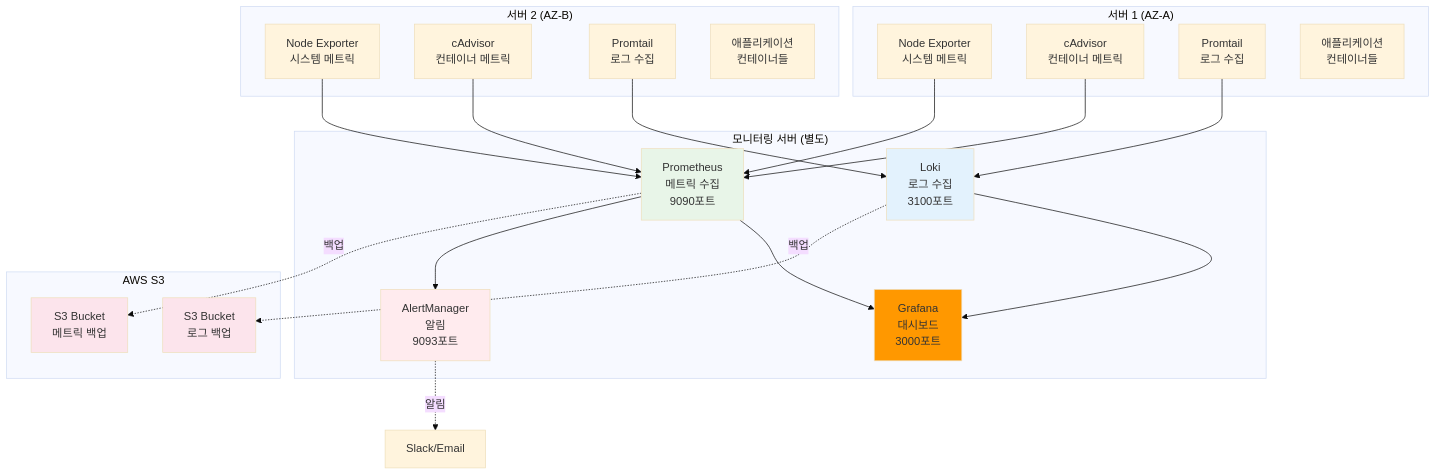
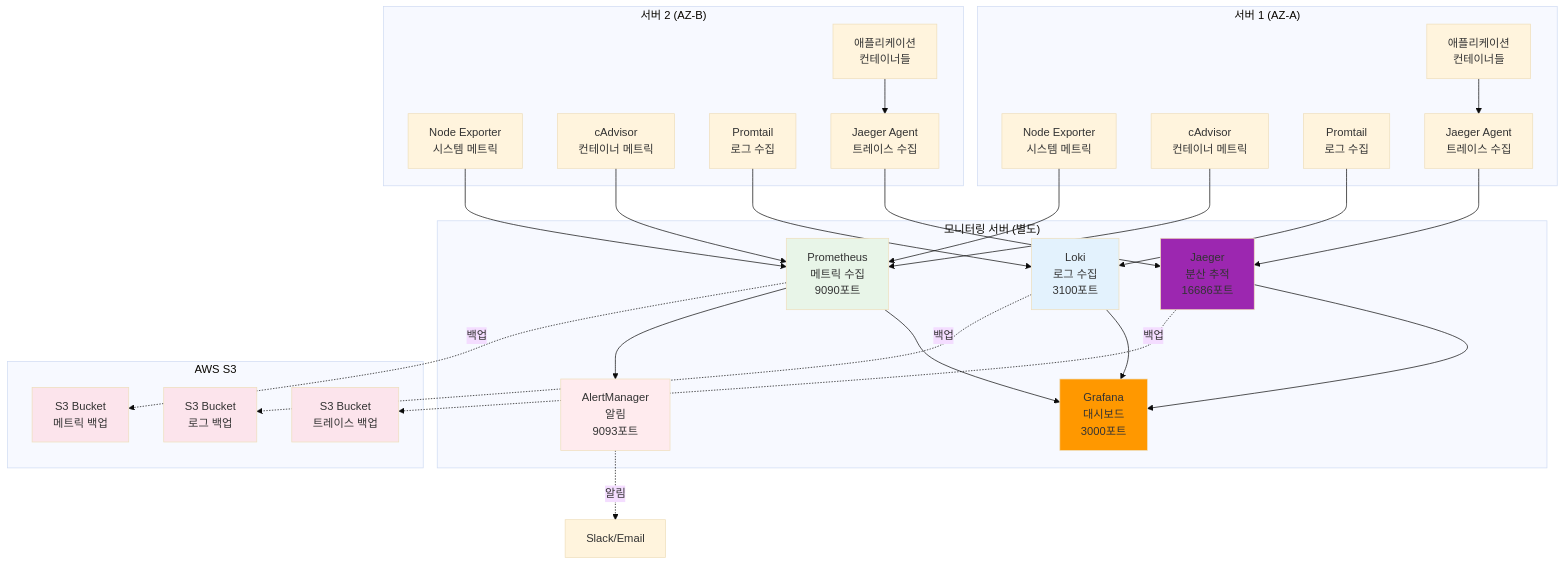
The second of 6 diagrams in theory/week_05/day5/session_3.md (niceguy61/kdt_devops_lecture_2025), drawn with Mermaid (base theme) before and after one commit. The commit also changed other lines of this file, not shown here.

````diff
--- a/theory/week_05/day5/session_3.md
+++ b/theory/week_05/day5/session_3.md
@@ -62,52 +62,65 @@
 ```mermaid
 graph TB
     subgraph "모니터링 서버 (별도)"
         GRAFANA[Grafana<br/>대시보드<br/>3000포트]
         PROMETHEUS[Prometheus<br/>메트릭 수집<br/>9090포트]
         LOKI[Loki<br/>로그 수집<br/>3100포트]
+        JAEGER[Jaeger<br/>분산 추적<br/>16686포트]
         ALERTMANAGER[AlertManager<br/>알림<br/>9093포트]
     end
     
     subgraph "서버 1 (AZ-A)"
         NODE_EXP1[Node Exporter<br/>시스템 메트릭]
         CADVISOR1[cAdvisor<br/>컨테이너 메트릭]
         PROMTAIL1[Promtail<br/>로그 수집]
+        JAEGER_AGENT1[Jaeger Agent<br/>트레이스 수집]
         APP1[애플리케이션<br/>컨테이너들]
     end
     
     subgraph "서버 2 (AZ-B)"
         NODE_EXP2[Node Exporter<br/>시스템 메트릭]
         CADVISOR2[cAdvisor<br/>컨테이너 메트릭]
         PROMTAIL2[Promtail<br/>로그 수집]
+        JAEGER_AGENT2[Jaeger Agent<br/>트레이스 수집]
         APP2[애플리케이션<br/>컨테이너들]
     end
     
     subgraph "AWS S3"
         S3_METRICS[S3 Bucket<br/>메트릭 백업]
         S3_LOGS[S3 Bucket<br/>로그 백업]
+        S3_TRACES[S3 Bucket<br/>트레이스 백업]
     end
     
     NODE_EXP1 --> PROMETHEUS
     NODE_EXP2 --> PROMETHEUS
     CADVISOR1 --> PROMETHEUS
     CADVISOR2 --> PROMETHEUS
     
     PROMTAIL1 --> LOKI
     PROMTAIL2 --> LOKI
     
+    APP1 --> JAEGER_AGENT1
+    APP2 --> JAEGER_AGENT2
+    JAEGER_AGENT1 --> JAEGER
+    JAEGER_AGENT2 --> JAEGER
+    
     PROMETHEUS --> GRAFANA
     LOKI --> GRAFANA
+    JAEGER --> GRAFANA
     PROMETHEUS --> ALERTMANAGER
     
     PROMETHEUS -.백업.-> S3_METRICS
     LOKI -.백업.-> S3_LOGS
+    JAEGER -.백업.-> S3_TRACES
     
     ALERTMANAGER -.알림.-> SLACK[Slack/Email]
     
     style GRAFANA fill:#ff9800
     style PROMETHEUS fill:#e8f5e8
     style LOKI fill:#e3f2fd
+    style JAEGER fill:#9c27b0
     style ALERTMANAGER fill:#ffebee
     style S3_METRICS fill:#fce4ec
     style S3_LOGS fill:#fce4ec
+    style S3_TRACES fill:#fce4ec
 ```
````
